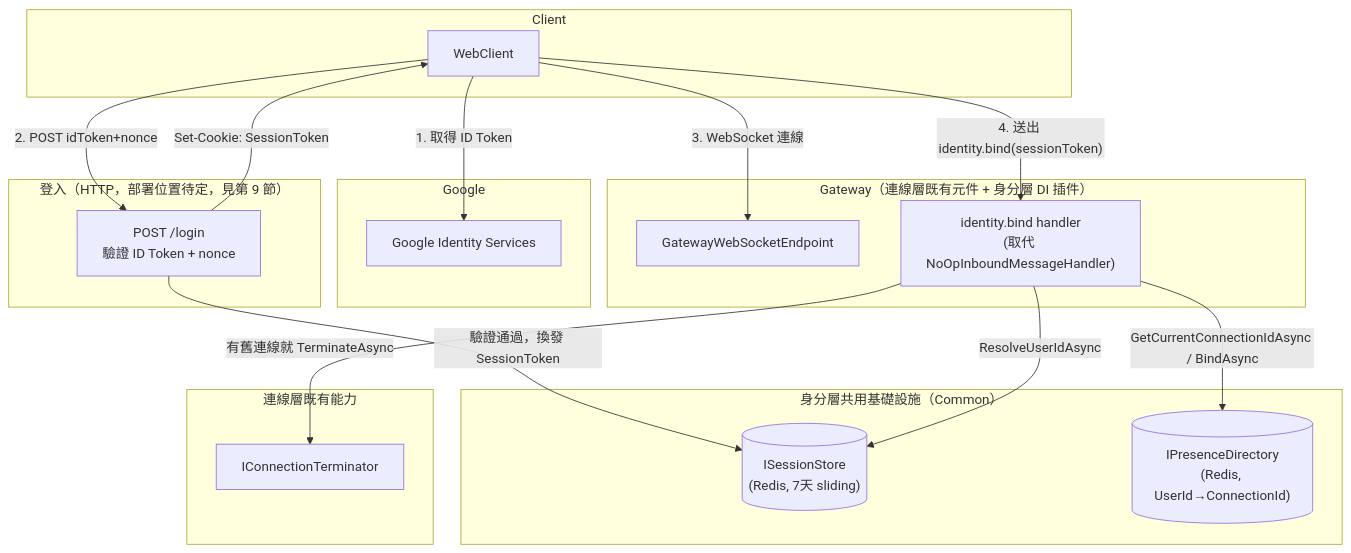
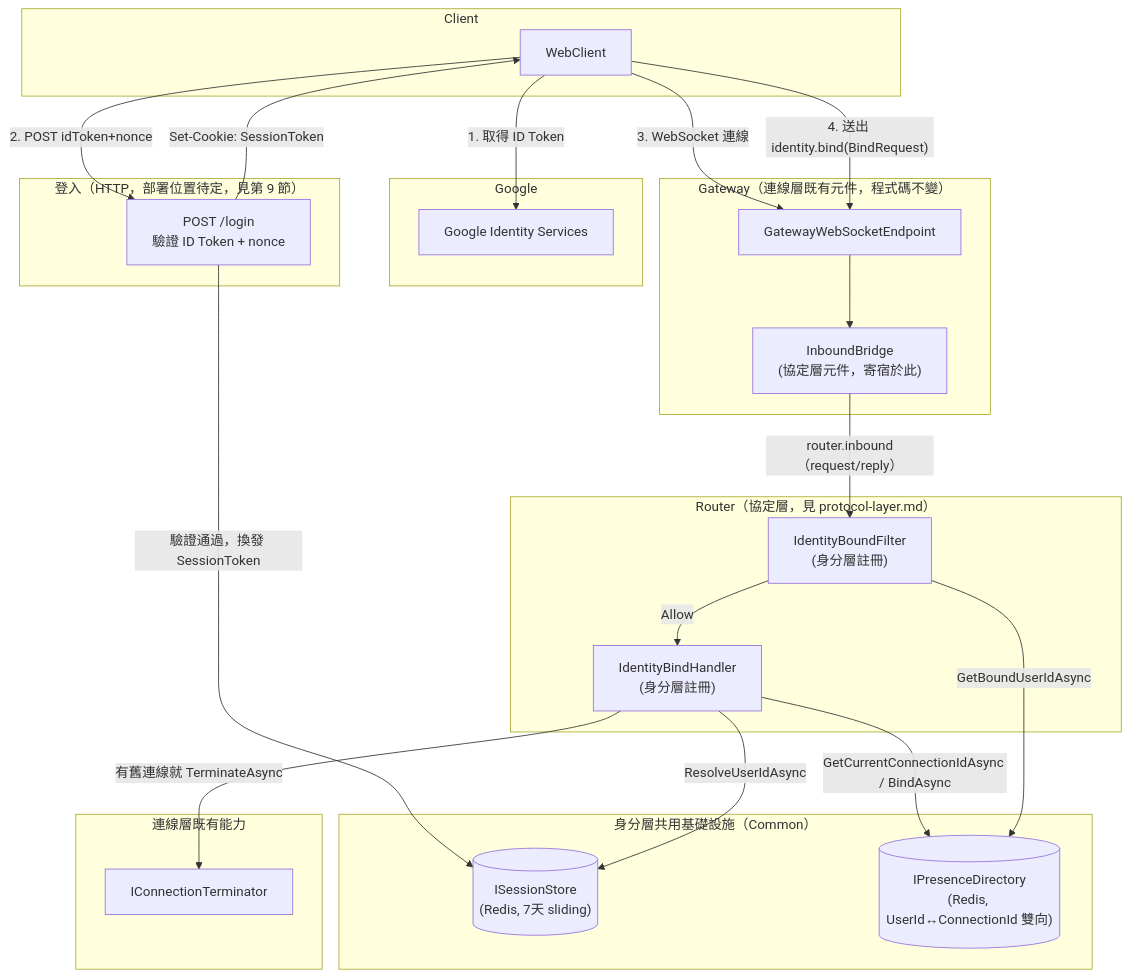
The first of 3 diagrams in docs/architecture/identity-layer.md (yggdrasill-dev/ChatSystem), drawn with Mermaid before and after one commit. The commit also changed other lines of this file and 1 other file, not shown here.

First line of the commit message:
docs: 新增協定層設計文件，身分層改為在協定層註冊 handler/filter

````diff
--- a/docs/architecture/identity-layer.md
+++ b/docs/architecture/identity-layer.md
@@ -39,39 +41,48 @@
 ```mermaid
 graph TB
     subgraph Client
         WC[WebClient]
     end
 
     subgraph Google
         G[Google Identity Services]
     end
 
     subgraph "登入（HTTP，部署位置待定，見第 9 節）"
         LI["POST /login\n驗證 ID Token + nonce"]
     end
 
     subgraph "身分層共用基礎設施（Common）"
         SS[("ISessionStore\n(Redis, 7天 sliding)")]
-        PD[("IPresenceDirectory\n(Redis, UserId→ConnectionId)")]
+        PD[("IPresenceDirectory\n(Redis, UserId↔ConnectionId 雙向)")]
     end
 
-    subgraph "Gateway（連線層既有元件 + 身分層 DI 插件）"
+    subgraph "Gateway（連線層既有元件，程式碼不變）"
         WS[GatewayWebSocketEndpoint]
-        IB["identity.bind handler\n(取代 NoOpInboundMessageHandler)"]
+        BR["InboundBridge\n(協定層元件，寄宿於此)"]
+    end
+
+    subgraph "Router（協定層，見 protocol-layer.md）"
+        FL["IdentityBoundFilter\n(身分層註冊)"]
+        IB["IdentityBindHandler\n(身分層註冊)"]
     end
 
     subgraph "連線層既有能力"
         CT[IConnectionTerminator]
     end
 
     WC -- "1. 取得 ID Token" --> G
     WC -- "2. POST idToken+nonce" --> LI
     LI -- "驗證通過，換發 SessionToken" --> SS
     LI -- "Set-Cookie: SessionToken" --> WC
 
     WC -- "3. WebSocket 連線" --> WS
-    WC -- "4. 送出 identity.bind(sessionToken)" --> IB
+    WC -- "4. 送出 identity.bind(BindRequest)" --> WS
+    WS --> BR
+    BR -- "router.inbound（request/reply）" --> FL
+    FL -- "Allow" --> IB
     IB -- "ResolveUserIdAsync" --> SS
     IB -- "GetCurrentConnectionIdAsync / BindAsync" --> PD
     IB -- "有舊連線就 TerminateAsync" --> CT
+    FL -- "GetBoundUserIdAsync" --> PD
 ```
````
